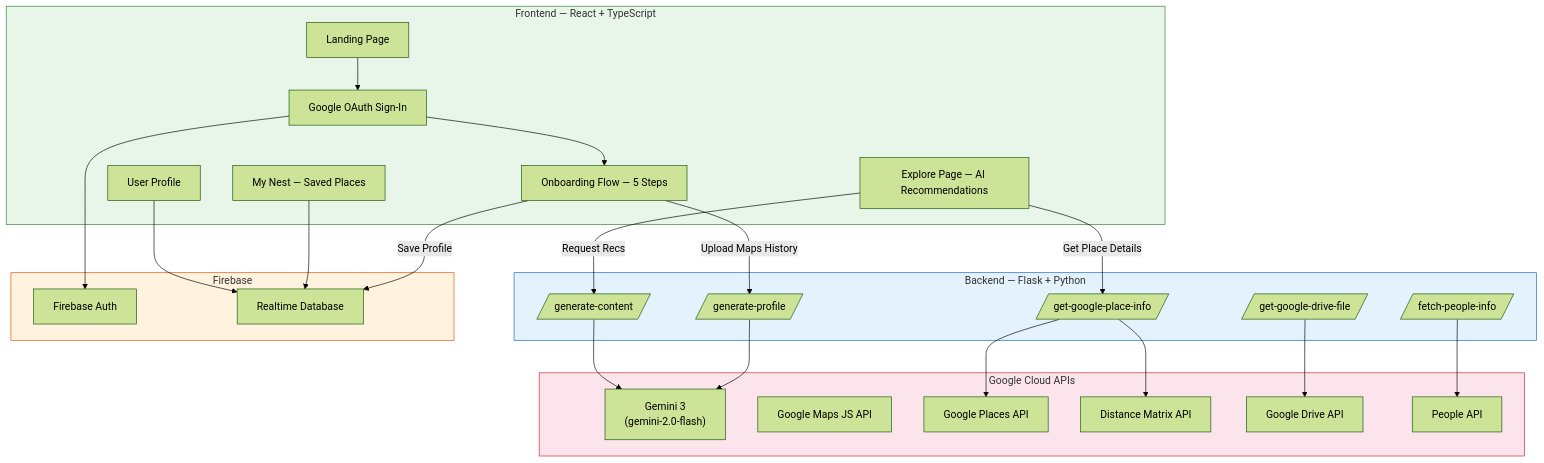
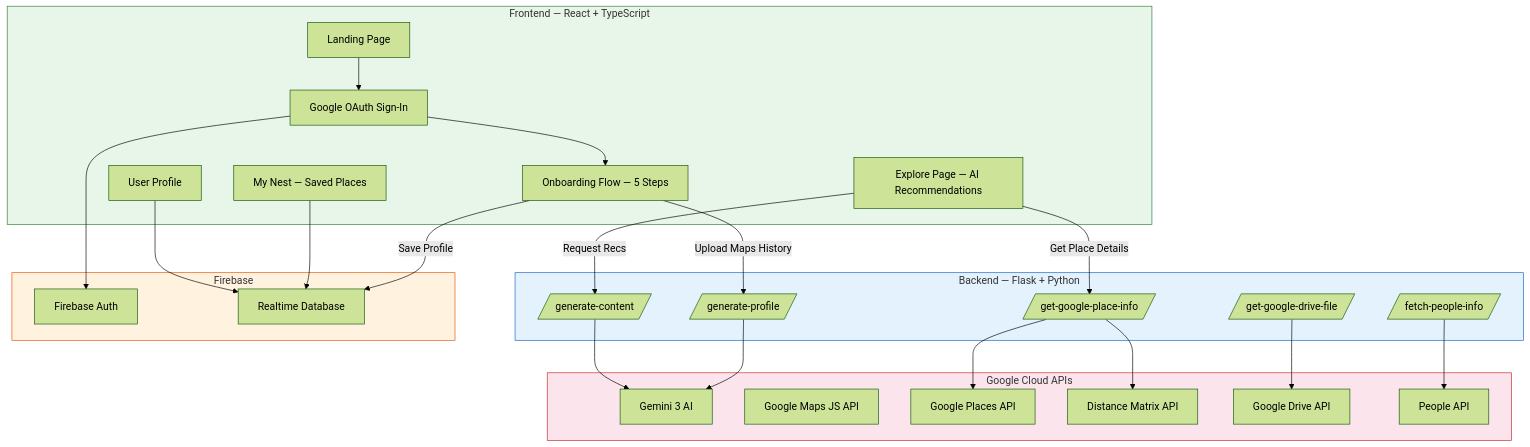
Before and after one commit to SVstudent/NestMover: the first of 2 diagrams in README.md, drawn with Mermaid (forest theme). The commit also changed other lines of this file, not shown here.

Commit message:
Emphasize Gemini 3 branding throughout README

````diff
--- a/README.md
+++ b/README.md
@@ -82,54 +82,54 @@
 ```mermaid
 graph TB
     subgraph Client["Frontend — React + TypeScript"]
         LP[Landing Page]
         AUTH[Google OAuth Sign-In]
         OB[Onboarding Flow — 5 Steps]
         EXP[Explore Page — AI Recommendations]
         NEST[My Nest — Saved Places]
         PROF[User Profile]
     end
 
     subgraph Server["Backend — Flask + Python"]
         GP[/generate-profile/]
         GC[/generate-content/]
         GPI[/get-google-place-info/]
         GDF[/get-google-drive-file/]
         FPI[/fetch-people-info/]
     end
 
     subgraph Google["Google Cloud APIs"]
-        GEMINI["Gemini 3<br/>(gemini-2.0-flash)"]
+        GEMINI["Gemini 3 AI"]
         MAPS[Google Maps JS API]
         PLACES[Google Places API]
         DIST[Distance Matrix API]
         DRIVE[Google Drive API]
         PEOPLE[People API]
     end
 
     subgraph Data["Firebase"]
         FBAUTH[Firebase Auth]
         FBDB[Realtime Database]
     end
 
     LP --> AUTH
     AUTH --> FBAUTH
     AUTH --> OB
     OB -->|Upload Maps History| GP
     OB -->|Save Profile| FBDB
     EXP -->|Request Recs| GC
     EXP -->|Get Place Details| GPI
     NEST --> FBDB
     GP --> GEMINI
     GC --> GEMINI
     GPI --> PLACES
     GPI --> DIST
     GDF --> DRIVE
     FPI --> PEOPLE
     PROF --> FBDB
 
     style Client fill:#e8f5e9,stroke:#2e7d32
     style Server fill:#e3f2fd,stroke:#1565c0
     style Google fill:#fce4ec,stroke:#c62828
     style Data fill:#fff3e0,stroke:#e65100
 ```
````
